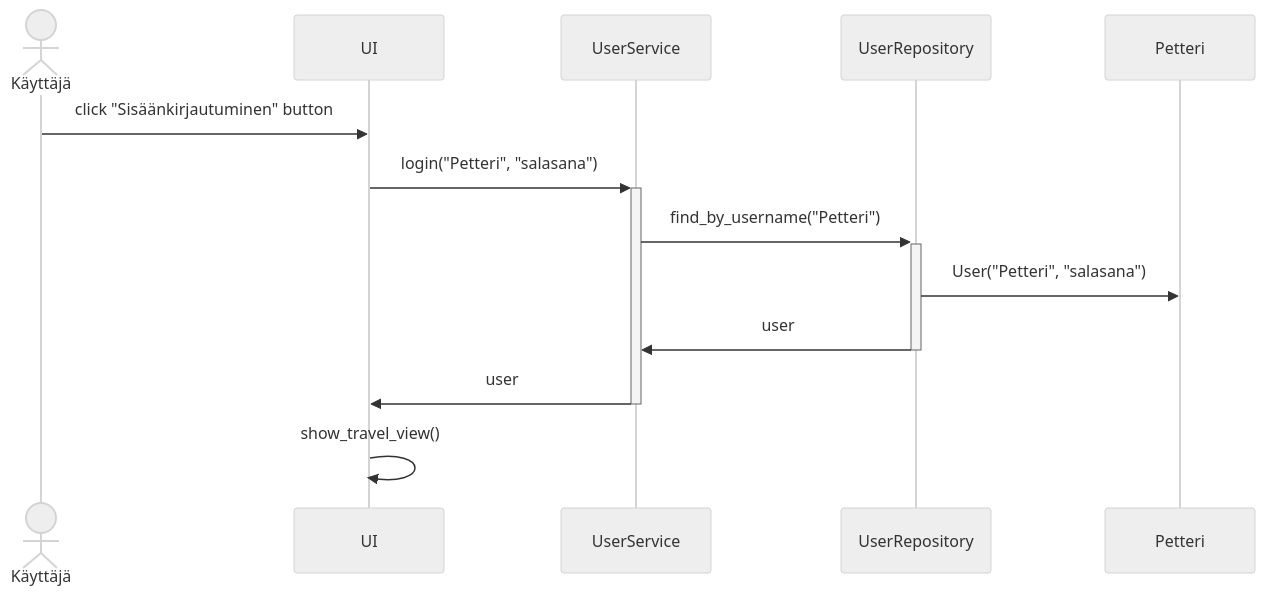
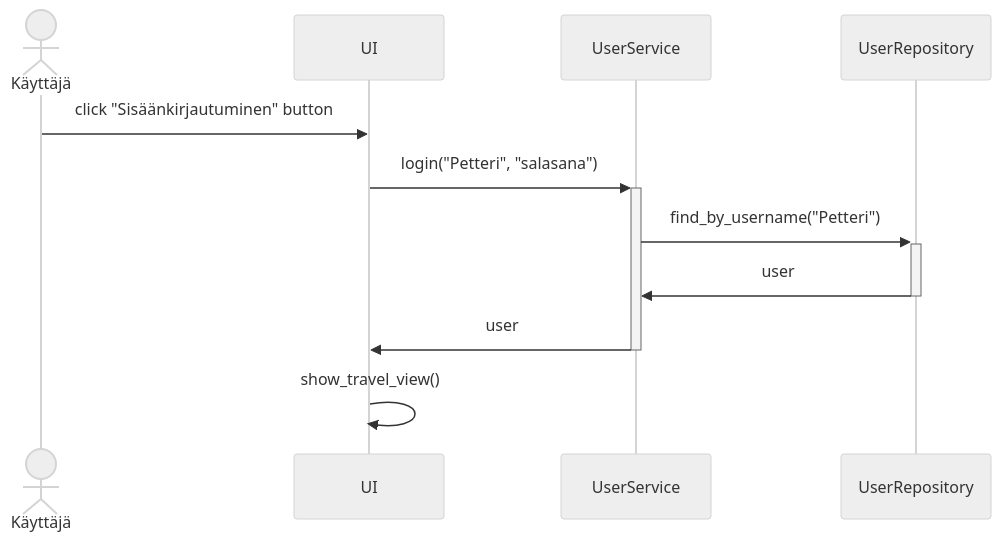
Before and after one commit to phuvio/ot-harjoitustyo: the first of 3 diagrams in travel-expense-calculator-app/dokumentaatio/arkkitehtuuri.md, drawn with Mermaid (neutral theme).

````diff
--- a/travel-expense-calculator-app/dokumentaatio/arkkitehtuuri.md
+++ b/travel-expense-calculator-app/dokumentaatio/arkkitehtuuri.md
@@ -26,16 +26,14 @@
 ```mermaid
  sequenceDiagram
    Actor K as Käyttäjä
    participant U as UI
    participant S as UserService
    participant R as UserRepository
-   participant H as Petteri
    K->>U: click "Sisäänkirjautuminen" button
    U->>+S: login("Petteri", "salasana")
    S->>+R: find_by_username("Petteri")
-   R->>H: User("Petteri", "salasana")
    R->>-S: user
    S->>-U: user
    U->>U: show_travel_view()
 
 ```
````
